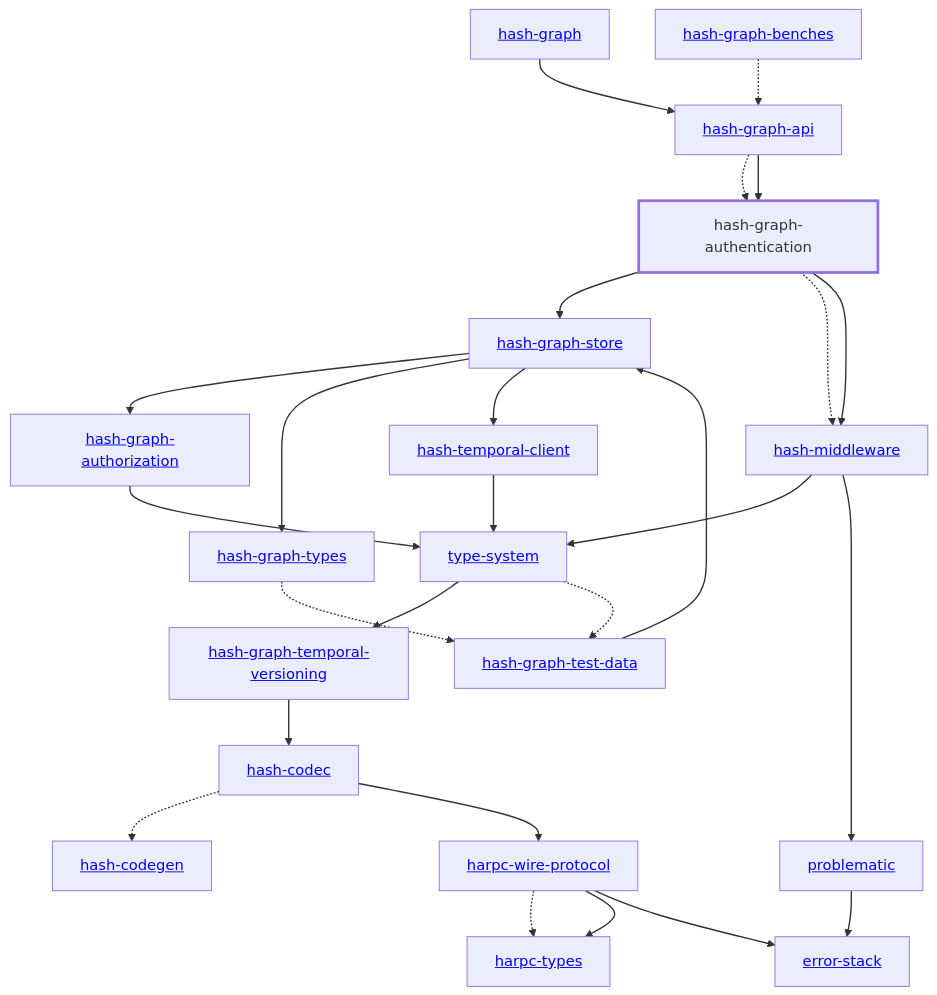
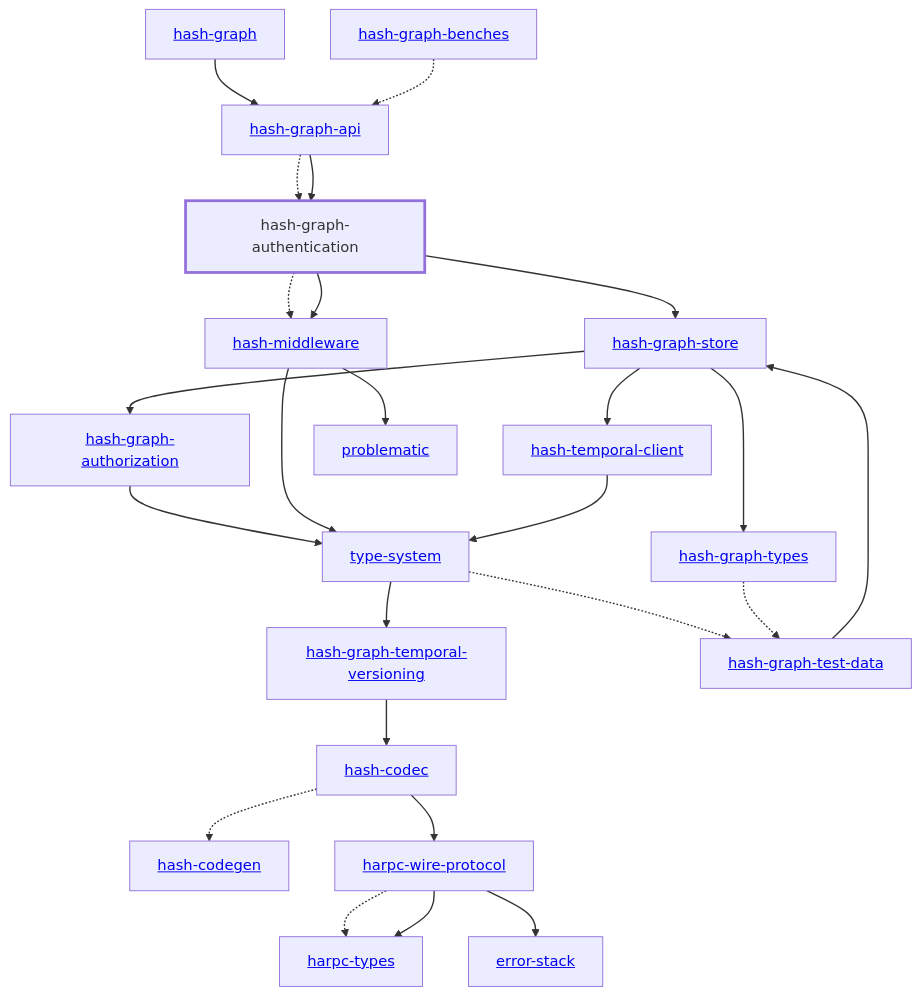
One commit to hashintel/hash changed the diagram in libs/@local/graph/authentication/docs/dependency-diagram.mmd. Above: the diagram before and after it, drawn with Mermaid. The commit also changed 77 other files, not shown here.

```diff
--- a/libs/@local/graph/authentication/docs/dependency-diagram.mmd
+++ b/libs/@local/graph/authentication/docs/dependency-diagram.mmd
@@ -1,54 +1,53 @@
 graph TD
     linkStyle default stroke-width:1.5px
     classDef default stroke-width:1px
     classDef root stroke-width:3px
     classDef dev stroke-width:1px
     classDef build stroke-width:1px
     %% Legend
     %% --> : Normal dependency
     %% -.-> : Dev dependency
     %% ---> : Build dependency
     0[<a href="../hash_graph/index.html">hash-graph</a>]
     1[<a href="../type_system/index.html">type-system</a>]
     2[<a href="../hash_codec/index.html">hash-codec</a>]
     3[<a href="../hash_codegen/index.html">hash-codegen</a>]
     4[<a href="../hash_graph_api/index.html">hash-graph-api</a>]
     5[hash-graph-authentication]
     class 5 root
     6[<a href="../hash_graph_authorization/index.html">hash-graph-authorization</a>]
     7[<a href="../hash_graph_store/index.html">hash-graph-store</a>]
     8[<a href="../hash_graph_temporal_versioning/index.html">hash-graph-temporal-versioning</a>]
     9[<a href="../hash_graph_types/index.html">hash-graph-types</a>]
     10[<a href="../harpc_types/index.html">harpc-types</a>]
     11[<a href="../harpc_wire_protocol/index.html">harpc-wire-protocol</a>]
     12[<a href="../hash_middleware/index.html">hash-middleware</a>]
     13[<a href="../hash_temporal_client/index.html">hash-temporal-client</a>]
     14[<a href="../error_stack/index.html">error-stack</a>]
     15[<a href="../problematic/index.html">problematic</a>]
     16[<a href="../hash_graph_benches/index.html">hash-graph-benches</a>]
     17[<a href="../hash_graph_test_data/index.html">hash-graph-test-data</a>]
     0 --> 4
     1 --> 8
     1 -.-> 17
     2 -.-> 3
     2 --> 11
     4 -.-> 5
     4 --> 5
     5 --> 7
     5 -.-> 12
     5 --> 12
     6 --> 1
     7 --> 6
     7 --> 9
     7 --> 13
     8 --> 2
     9 -.-> 17
     11 -.-> 10
     11 --> 10
     11 --> 14
     12 --> 1
     12 --> 15
     13 --> 1
-    15 --> 14
     16 -.-> 4
     17 --> 7
```
